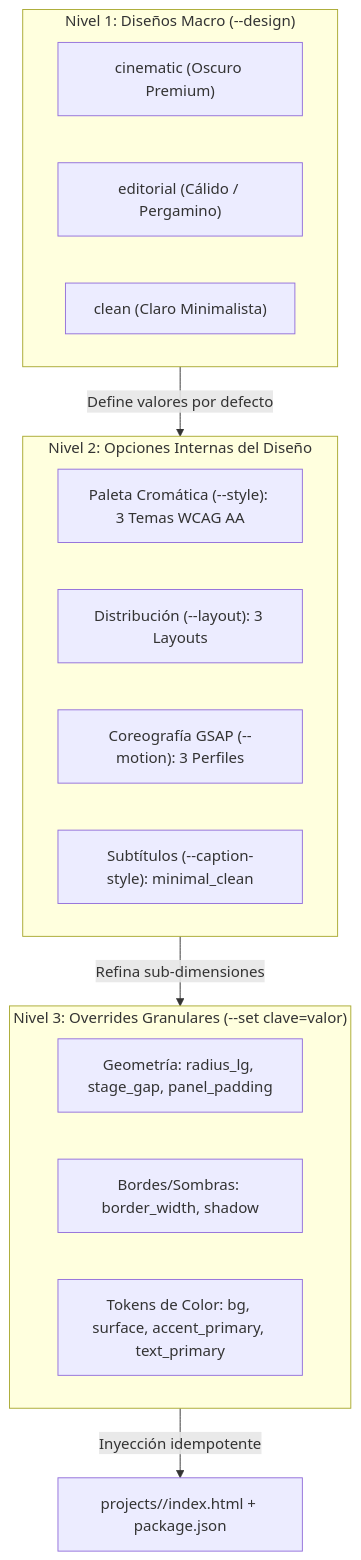
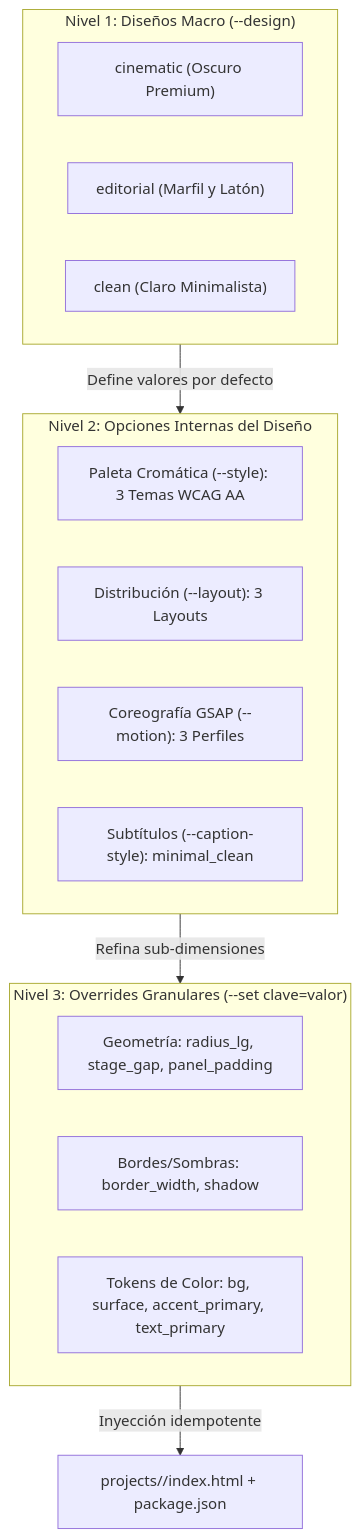
The diagram in docs/04-sistema-de-diseno/01-sistema-de-diseno-y-estilos.md (JorgeDoicela/video-pipeline), drawn with Mermaid before and after one commit. The commit also changed other lines of this file and 14 other files, not shown here.

Commit message:
feat(styles): redisenar editorial marfil-laton y unificar sistema tipografico con font-display

````diff
--- a/docs/04-sistema-de-diseno/01-sistema-de-diseno-y-estilos.md
+++ b/docs/04-sistema-de-diseno/01-sistema-de-diseno-y-estilos.md
@@ -11,25 +11,25 @@
 ```mermaid
 flowchart TD
     subgraph N1 ["Nivel 1: Diseños Macro (--design)"]
         D1["cinematic (Oscuro Premium)"]
-        D2["editorial (Cálido / Pergamino)"]
+        D2["editorial (Marfil y Latón)"]
         D3["clean (Claro Minimalista)"]
     end
 
     subgraph N2 ["Nivel 2: Opciones Internas del Diseño"]
         S["Paleta Cromática (--style): 3 Temas WCAG AA"]
         L["Distribución (--layout): 3 Layouts"]
         M["Coreografía GSAP (--motion): 3 Perfiles"]
         K["Subtítulos (--caption-style): minimal_clean"]
     end
 
     subgraph N3 ["Nivel 3: Overrides Granulares (--set clave=valor)"]
         O1["Geometría: radius_lg, stage_gap, panel_padding"]
         O2["Bordes/Sombras: border_width, shadow"]
         O3["Tokens de Color: bg, surface, accent_primary, text_primary"]
     end
 
     N1 -->|"Define valores por defecto"| N2
     N2 -->|"Refina sub-dimensiones"| N3
     N3 -->|"Inyección idempotente"| HTML["projects/<slug>/index.html + package.json"]
 ```
````
